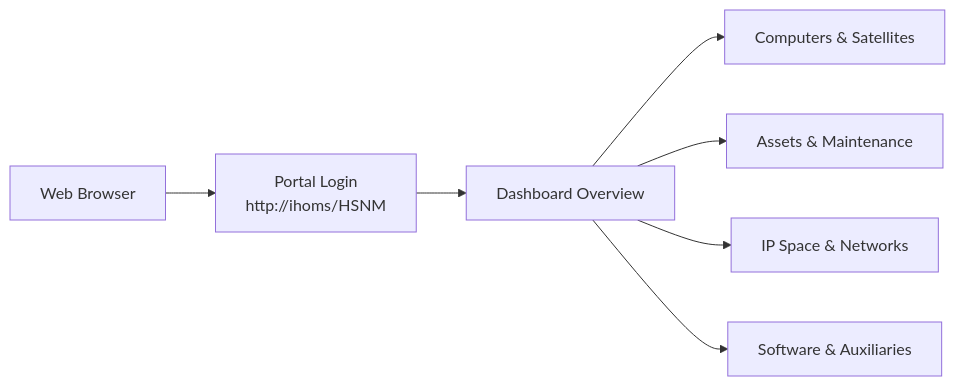
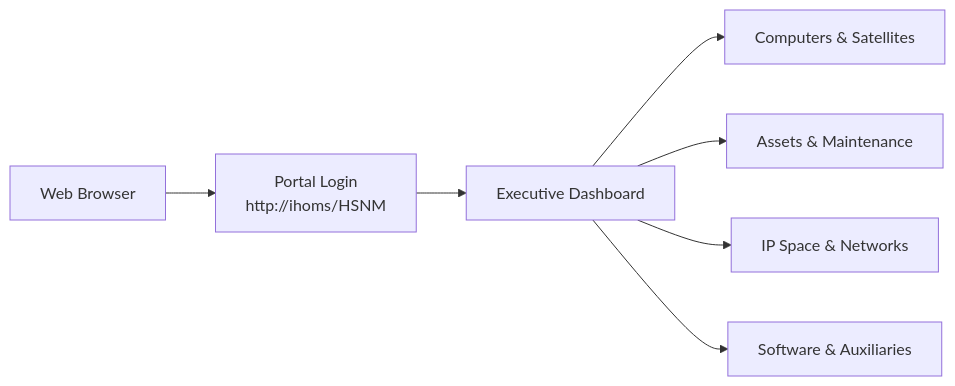
The first of 3 diagrams in USER_MANUAL.md (brocabo18/HSNM), drawn with Mermaid before and after one commit. The commit also changed other lines of this file and 4 other files, not shown here.

````diff
--- a/USER_MANUAL.md
+++ b/USER_MANUAL.md
@@ -37,9 +51,9 @@
 ```mermaid
 flowchart LR
     A["Web Browser"] --> B["Portal Login<br/>http://ihoms/HSNM"]
-    B --> C["Dashboard Overview"]
+    B --> C["Executive Dashboard"]
     C --> D["Computers & Satellites"]
     C --> E["Assets & Maintenance"]
     C --> F["IP Space & Networks"]
     C --> G["Software & Auxiliaries"]
 ```
````
